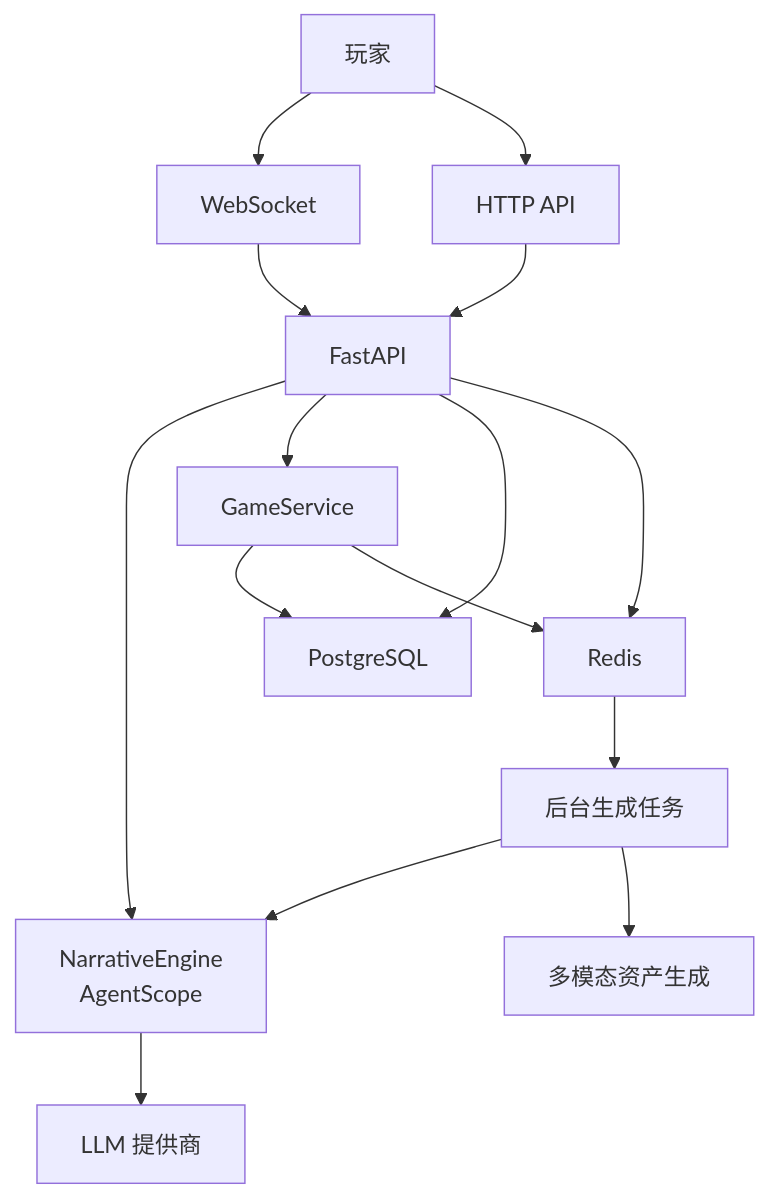
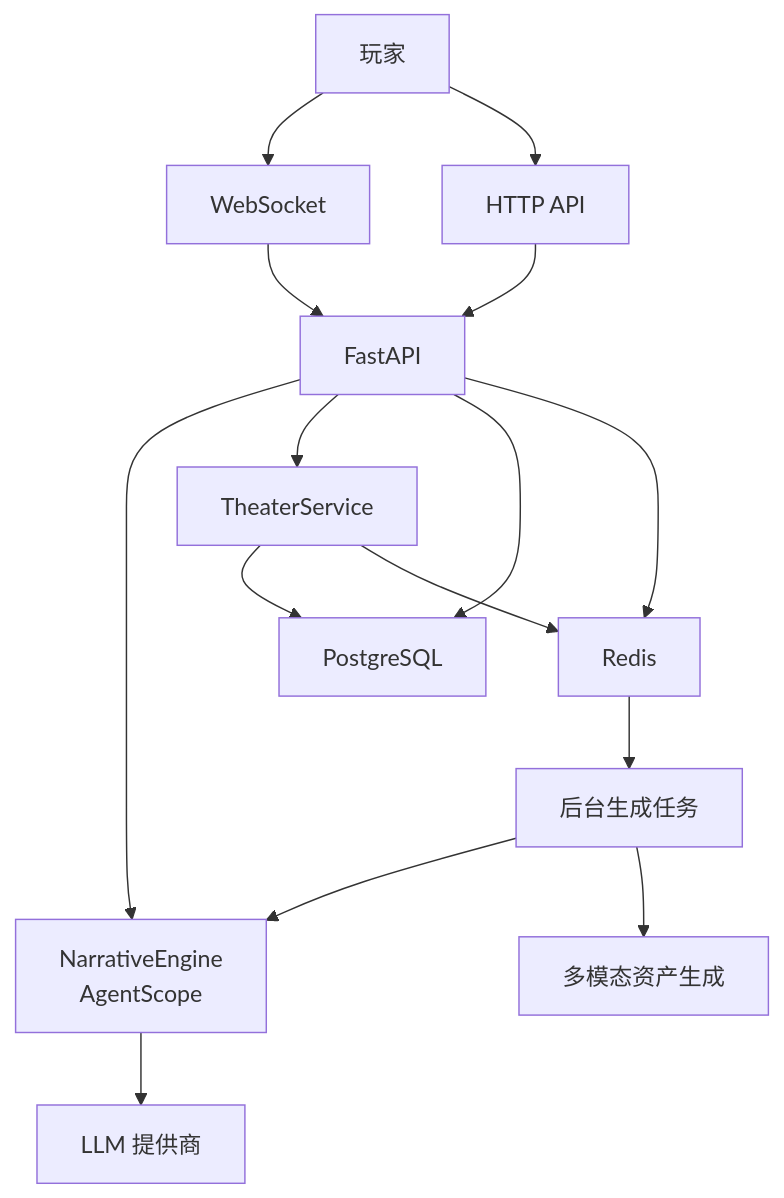
One commit to KunLabAI/KunFlix changed the second of 10 diagrams in .qoder/repowiki/zh/content/项目概述/系统简介与核心特性.md. Above: the diagram before and after it, drawn with Mermaid. The commit also changed other lines of this file and 112 other files, not shown here.

````diff
--- a/.qoder/repowiki/zh/content/项目概述/系统简介与核心特性.md
+++ b/.qoder/repowiki/zh/content/项目概述/系统简介与核心特性.md
@@ -110,17 +110,17 @@
 ```mermaid
 graph TB
 U["玩家"] --> WS["WebSocket"]
 U --> HTTP["HTTP API"]
 WS --> API["FastAPI"]
 HTTP --> API
 API --> NE["NarrativeEngine<br/>AgentScope"]
-API --> GS["GameService"]
+API --> GS["TheaterService"]
 API --> DB["PostgreSQL"]
 API --> R["Redis"]
 NE --> LLM["LLM 提供商"]
 GS --> DB
 GS --> R
 R --> GEN["后台生成任务"]
 GEN --> NE
 GEN --> ASSET["多模态资产生成"]
 ```
````
